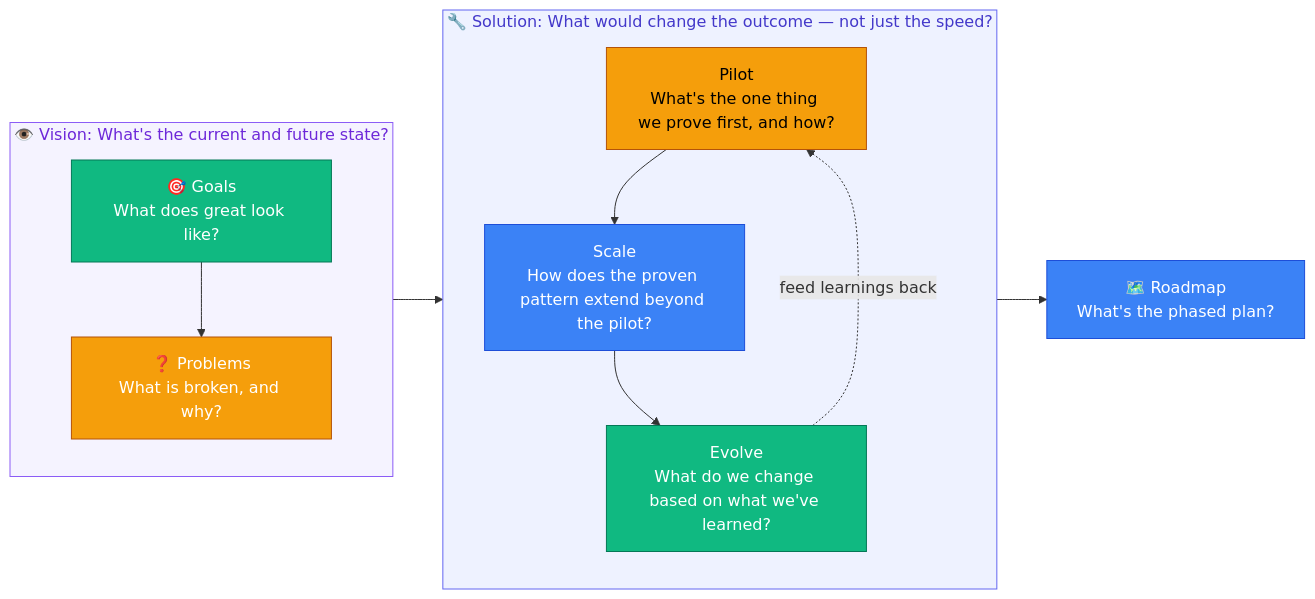
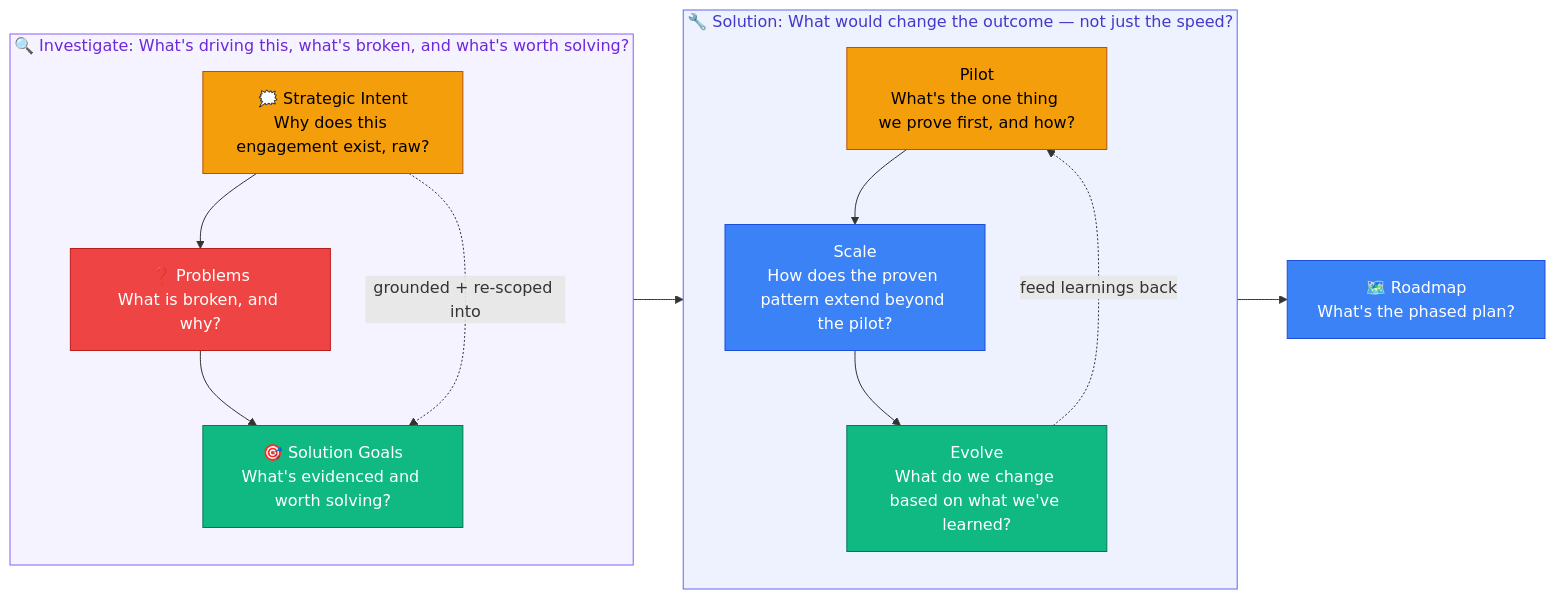
The first of 2 diagrams in docs/AI SDLC/01 Process/01 Overview.md (DataArt/adlc-discovery-tool), drawn with Mermaid before and after one commit. The commit also changed other lines of this file and 45 other files, not shown here.

````diff
--- a/docs/AI SDLC/01 Process/01 Overview.md
+++ b/docs/AI SDLC/01 Process/01 Overview.md
@@ -9,36 +9,43 @@
 ```mermaid
 flowchart LR
-    subgraph VisionGroup["👁️ Vision: What's the current and future state?"]
+    subgraph InvestigateGroup["🔍 Investigate: What's driving this, what's broken, and what's worth solving?"]
         direction TB
-        G["🎯 Goals\nWhat does great look like?"]
+        IN["🗯️ Strategic Intent\nWhy does this engagement exist, raw?"]
         P["❓ Problems\nWhat is broken, and why?"]
-        G --> P
+        SG["🎯 Solution Goals\nWhat's evidenced and worth solving?"]
+        IN --> P --> SG
+        IN -.->|"grounded + re-scoped into"| SG
     end
 
     subgraph SolutionGroup["🔧 Solution: What would change the outcome — not just the speed?"]
         direction TB
-        Pi["Pilot\nWhat's the one thing we prove first, and how?"] --> Sc["Scale\nHow does the proven pattern extend beyond the pilot?"] --> Ev["Evolve\nWhat do we change based on what we've learned?"]
+        Pi["Pilot\nWhat's the one thing we prove first, and how?"]
+        Sc["Scale\nHow does the proven pattern extend beyond the pilot?"]
+        Ev["Evolve\nWhat do we change based on what we've learned?"]
+        Pi --> Sc --> Ev
         Ev -.->|"feed learnings back"| Pi
     end
 
     R["🗺️ Roadmap\nWhat's the phased plan?"]
 
-    VisionGroup --> SolutionGroup --> R
+    InvestigateGroup --> SolutionGroup --> R
 
+    classDef intent fill:#F59E0B,stroke:#B45309,color:#000
     classDef goals fill:#10B981,stroke:#047857,color:#fff
-    classDef problem fill:#F59E0B,stroke:#B45309,color:#fff
+    classDef problem fill:#EF4444,stroke:#B91C1C,color:#fff
     classDef pilot fill:#F59E0B,stroke:#B45309,color:#000
     classDef scale fill:#3B82F6,stroke:#1D4ED8,color:#fff
     classDef evolve fill:#10B981,stroke:#047857,color:#fff
     classDef roadmap fill:#3B82F6,stroke:#1D4ED8,color:#fff
 
-    class G goals
+    class IN intent
+    class SG goals
     class P problem
     class Pi pilot
     class Sc scale
     class Ev evolve
     class R roadmap
 
-    style VisionGroup fill:#F5F3FF,stroke:#8B5CF6,color:#6D28D9
+    style InvestigateGroup fill:#F5F3FF,stroke:#8B5CF6,color:#6D28D9
     style SolutionGroup fill:#EEF2FF,stroke:#6366F1,color:#4338CA
 ```
````
